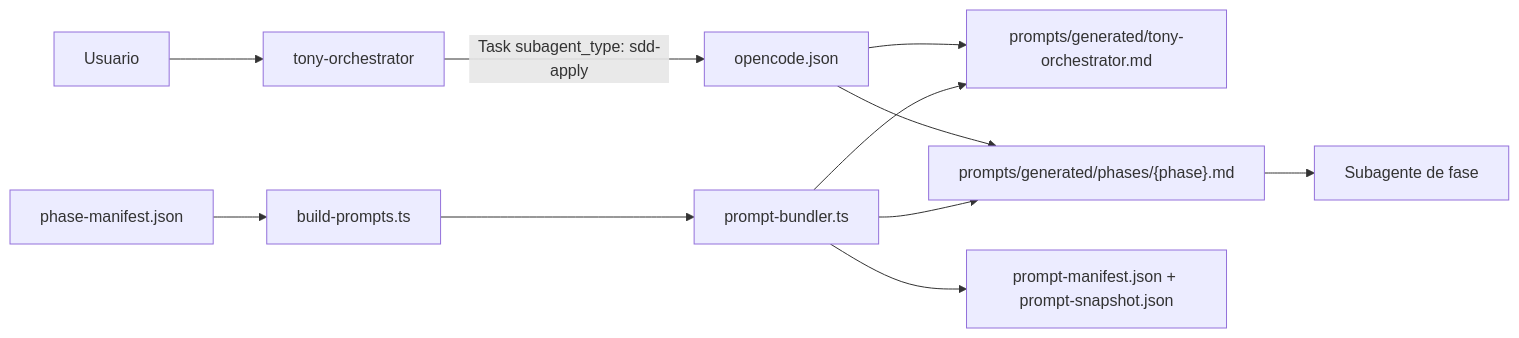
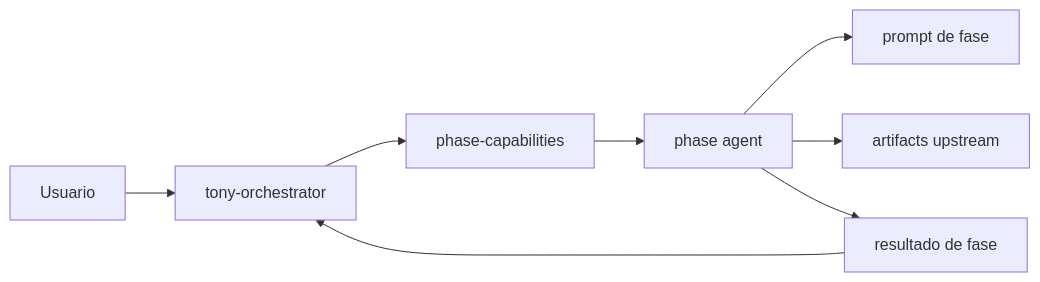
Before and after one commit to gastoncelestino/tony-ai: the second of 2 diagrams in README.md, drawn with Mermaid. The commit also changed other lines of this file and 33 other files, not shown here.

Commit message:
refactor: remove legacy prompt composition architecture

````diff
--- a/README.md
+++ b/README.md
@@ -104,13 +105,10 @@
 ```mermaid
 flowchart LR
-    A["phase-manifest.json"] --> B["build-prompts.ts"]
-    B --> C["prompt-bundler.ts"]
-    C --> D["prompts/generated/tony-orchestrator.md"]
-    C --> E["prompts/generated/phases/{phase}.md"]
-    C --> F["prompt-manifest.json + prompt-snapshot.json"]
-    G["opencode.json"] --> D
-    G --> E
-    H["Usuario"] --> I["tony-orchestrator"]
-    I -->|"Task subagent_type: sdd-apply"| G
-    E --> J["Subagente de fase"]
+    A["Usuario"] --> B["tony-orchestrator"]
+    B --> C["phase-capabilities"]
+    C --> D["phase agent"]
+    D --> E["prompt de fase"]
+    D --> F["artifacts upstream"]
+    D --> G["resultado de fase"]
+    G --> B
 ```
````
